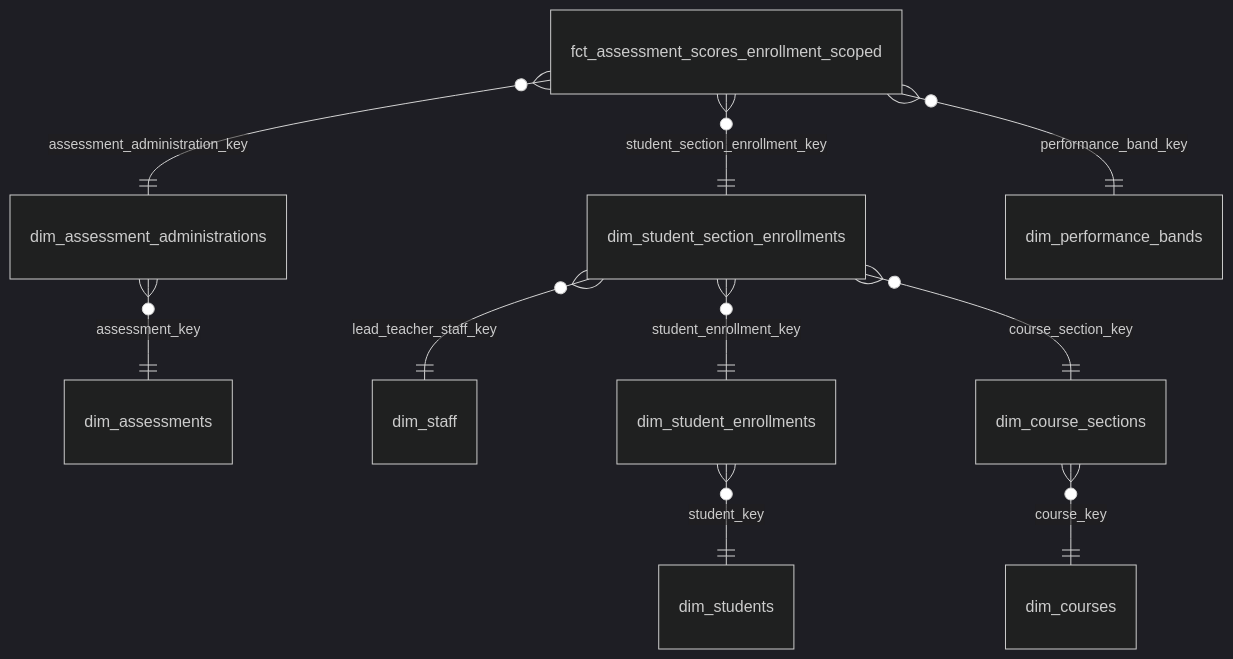
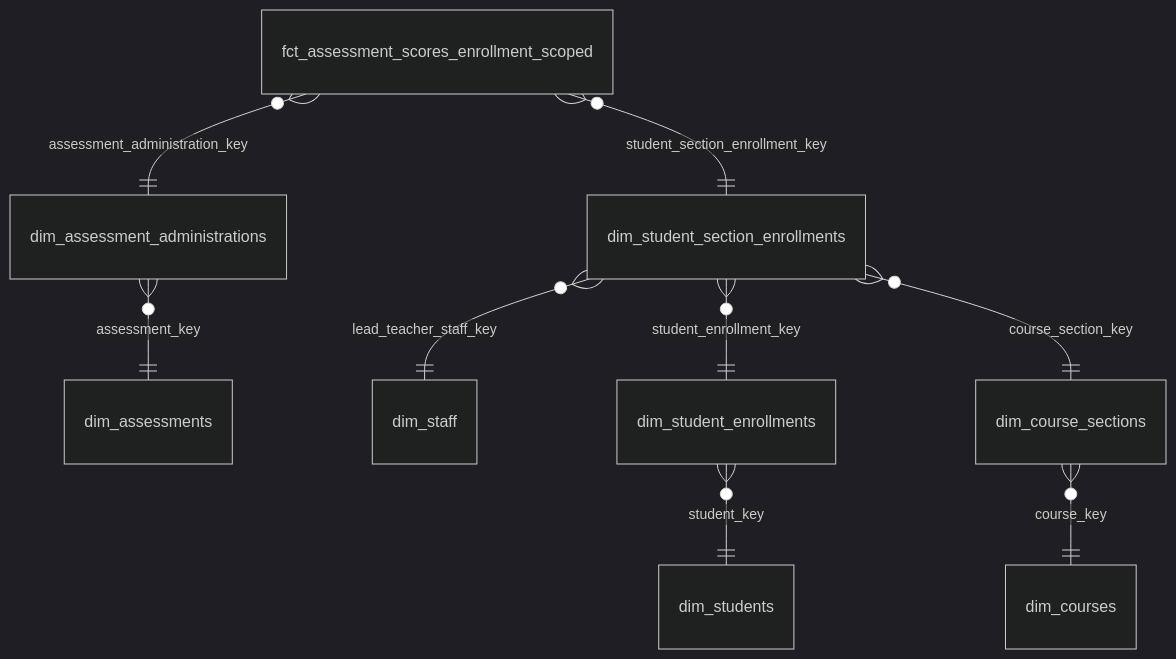
One commit to TEAMSchools/teamster changed the first of 25 diagrams in docs/reference/marts-data-models.md. Above: the diagram before and after it, drawn with Mermaid (dark theme). The commit also changed other lines of this file and 16 other files, not shown here.

````diff
--- a/docs/reference/marts-data-models.md
+++ b/docs/reference/marts-data-models.md
@@ -28,12 +28,11 @@
 ```mermaid
 erDiagram
   fct_assessment_scores_enrollment_scoped }o--|| dim_assessment_administrations : "assessment_administration_key"
   fct_assessment_scores_enrollment_scoped }o--|| dim_student_section_enrollments : "student_section_enrollment_key"
-  fct_assessment_scores_enrollment_scoped }o--|| dim_performance_bands : "performance_band_key"
   dim_assessment_administrations }o--|| dim_assessments : "assessment_key"
   dim_student_section_enrollments }o--|| dim_staff : "lead_teacher_staff_key"
   dim_student_section_enrollments }o--|| dim_student_enrollments : "student_enrollment_key"
   dim_student_section_enrollments }o--|| dim_course_sections : "course_section_key"
   dim_student_enrollments }o--|| dim_students : "student_key"
   dim_course_sections }o--|| dim_courses : "course_key"
 ```
````
